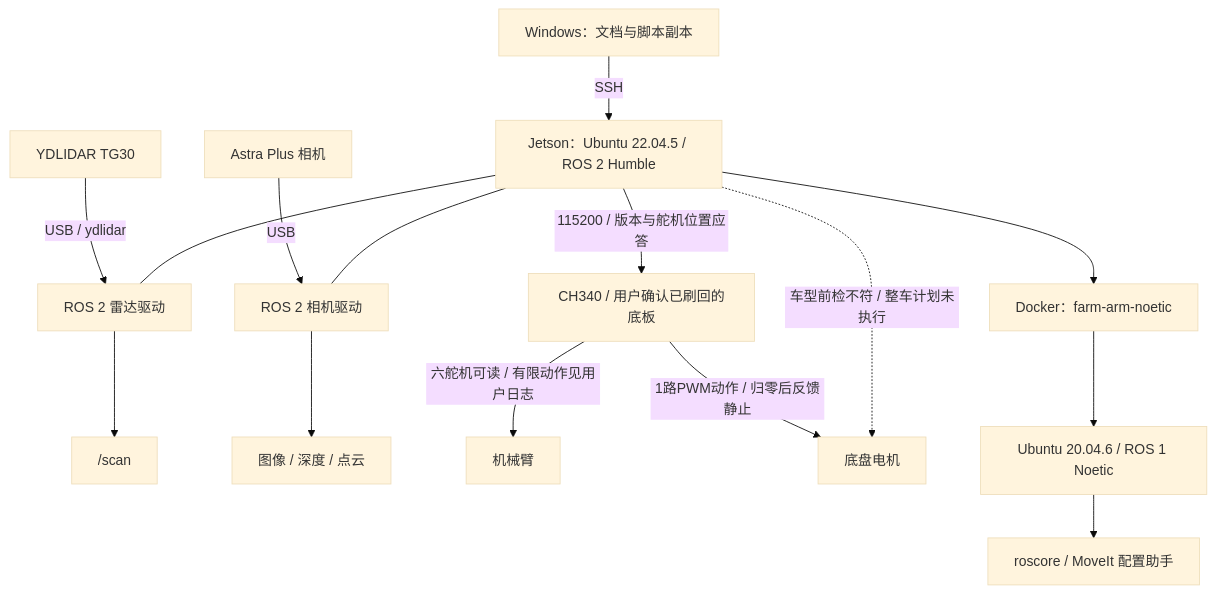
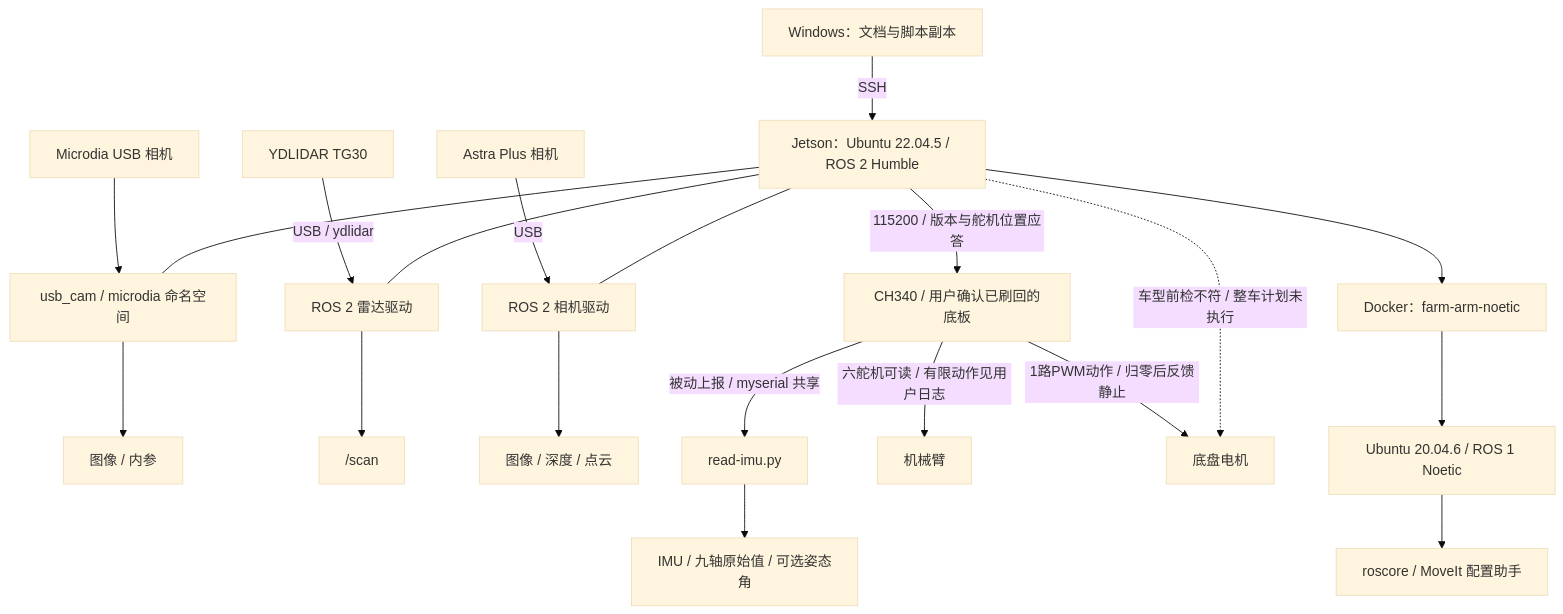
The diagram in docs/architecture.md (Tankiwi/auto-farming), drawn with Mermaid (base theme) before and after one commit. The commit also changed other lines of this file and 40 other files, not shown here.

````diff
--- a/docs/architecture.md
+++ b/docs/architecture.md
@@ -8,17 +8,22 @@
 ```mermaid
 flowchart TB
   W[Windows：文档与脚本副本] -->|SSH| J[Jetson：Ubuntu 22.04.5 / ROS 2 Humble]
   L[YDLIDAR TG30] -->|USB / ydlidar| LD[ROS 2 雷达驱动]
   C[Astra Plus 相机] -->|USB| CD[ROS 2 相机驱动]
   J --- LD
   J --- CD
+  U[Microdia USB 相机] --> UC[usb_cam / microdia 命名空间]
+  J --- UC
+  UC --> UI[图像 / 内参]
   LD --> SC["/scan"]
   CD --> IM[图像 / 深度 / 点云]
   J -->|115200 / 版本与舵机位置应答| B[CH340 / 用户确认已刷回的底板]
+  B -->|被动上报 / myserial 共享| IR[read-imu.py]
+  IR --> IT[IMU / 九轴原始值 / 可选姿态角]
   B -->|六舵机可读 / 有限动作见用户日志| H[机械臂]
   B -->|1路PWM动作 / 归零后反馈静止| E[底盘电机]
   J -.车型前检不符 / 整车计划未执行.-> E
   J --> D[Docker：farm-arm-noetic]
   D --> N[Ubuntu 20.04.6 / ROS 1 Noetic]
   N --> M[roscore / MoveIt 配置助手]
 ```
````
